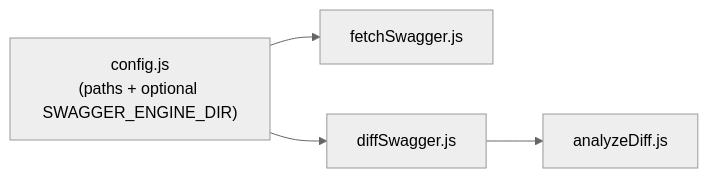
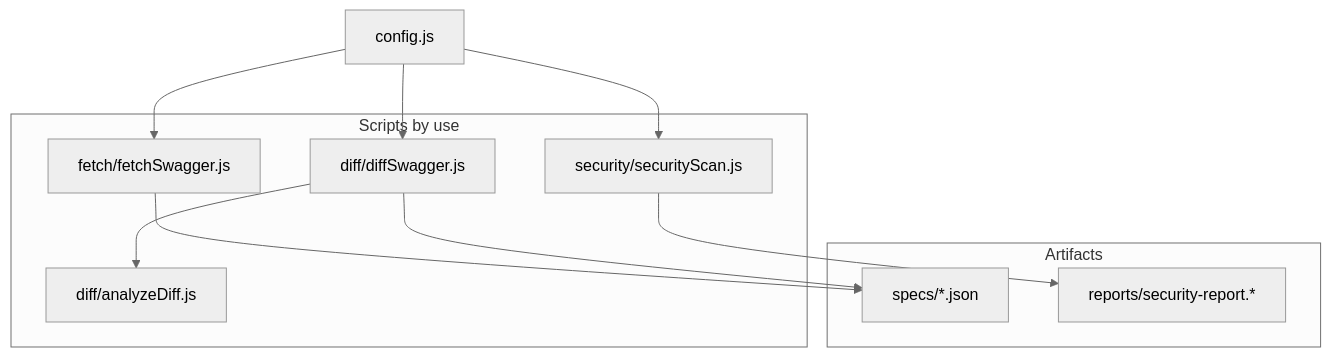
One commit to brijeshbisht91/swagger-ai-test-generator changed the second of 3 diagrams in README.md. Above: the diagram before and after it, drawn with Mermaid (neutral theme). The commit also changed other lines of this file and 20 other files, not shown here.

Commit message:
added swagger diff changes

````diff
--- a/README.md
+++ b/README.md
@@ -62,10 +64,20 @@
 ```mermaid
-flowchart LR
-  Config["config.js\n(paths + optional SWAGGER_ENGINE_DIR)"]
-  FetchF["fetchSwagger.js"]
-  DiffF["diffSwagger.js"]
-  AnalyzeF["analyzeDiff.js"]
-  Config --> FetchF
-  Config --> DiffF
-  DiffF --> AnalyzeF
+flowchart TB
+  subgraph scripts [Scripts by use]
+    F["fetch/fetchSwagger.js"]
+    D["diff/diffSwagger.js"]
+    A["diff/analyzeDiff.js"]
+    S["security/securityScan.js"]
+  end
+  subgraph data [Artifacts]
+    Specs["specs/*.json"]
+    Rep["reports/security-report.*"]
+  end
+  C["config.js"] --> F
+  C --> D
+  D --> A
+  C --> S
+  F --> Specs
+  D --> Specs
+  S --> Rep
 ```
````
